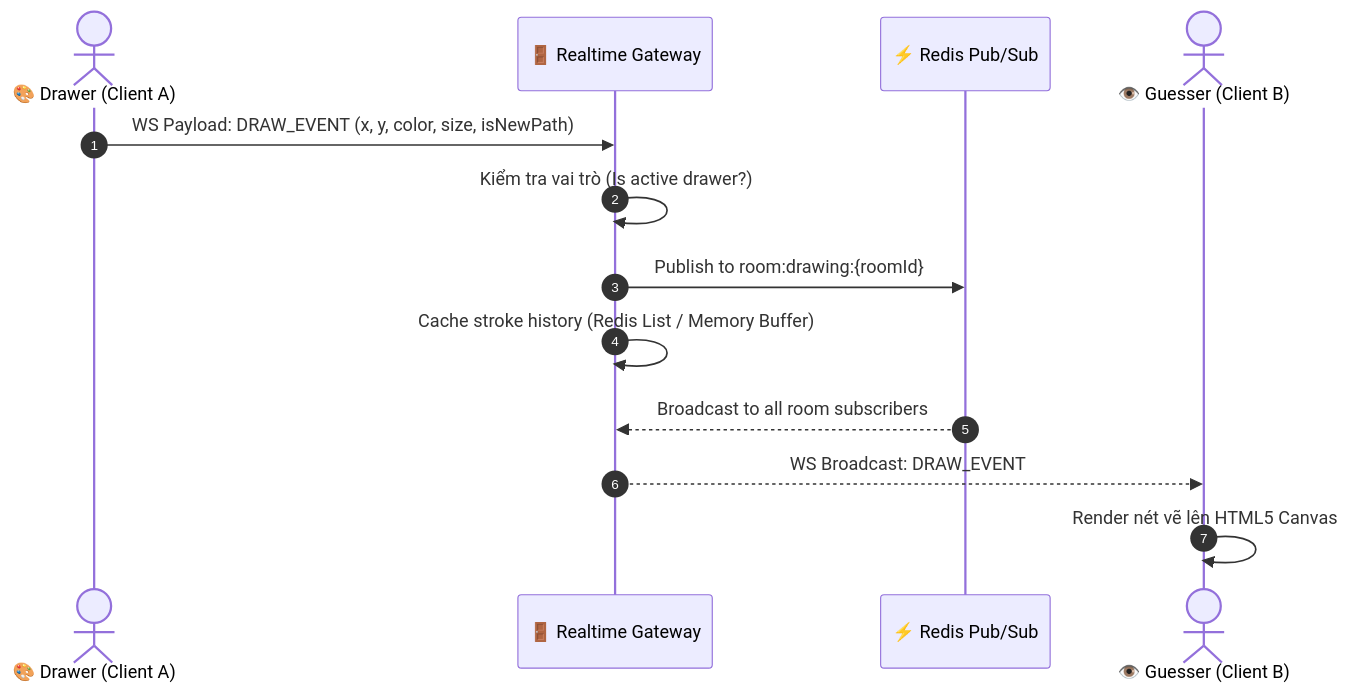
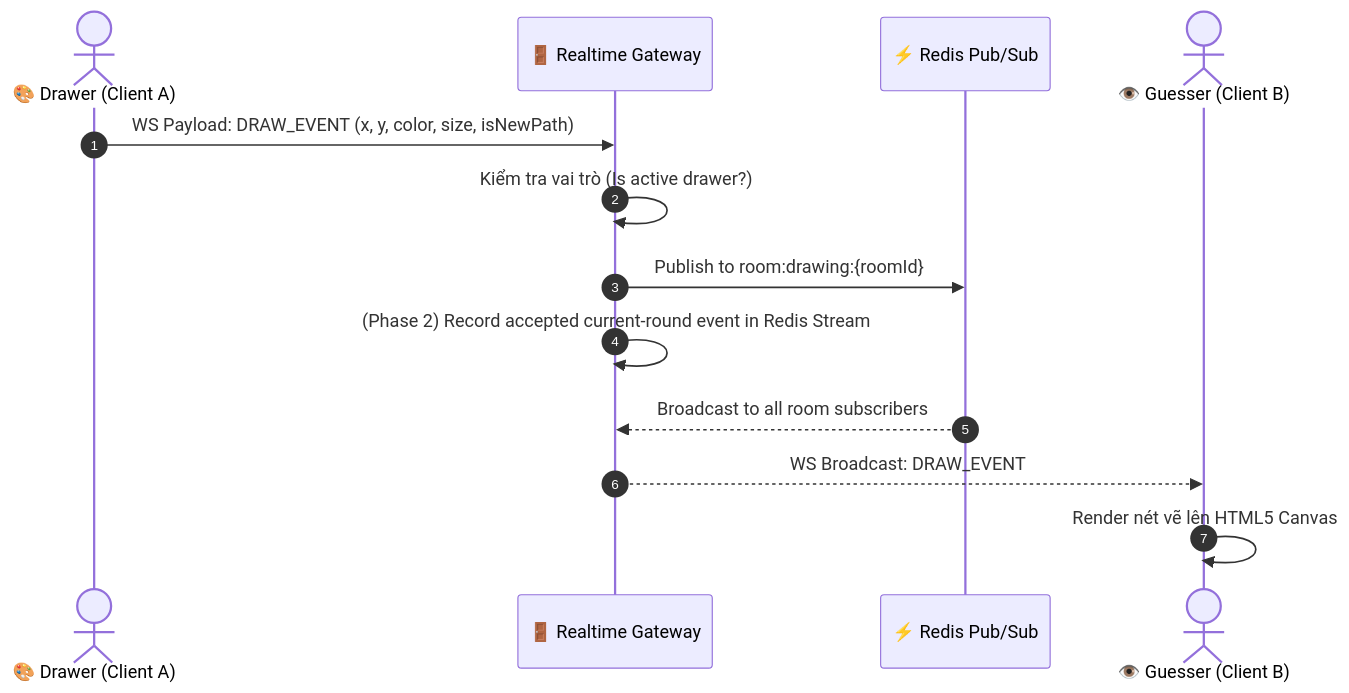
The diagram in doc/drawing-protocol.md (PHANMINHHIEU05/Multiplayer-Drawing-Guessing-Game), drawn with Mermaid before and after one commit. The commit also changed other lines of this file and 10 other files, not shown here.

````diff
--- a/doc/drawing-protocol.md
+++ b/doc/drawing-protocol.md
@@ -21,16 +23,16 @@
 ```mermaid
 sequenceDiagram
     autonumber
     actor Drawer as 🎨 Drawer (Client A)
     participant GW as 🚪 Realtime Gateway
     participant Redis as ⚡ Redis Pub/Sub
     actor Guesser as 👁️ Guesser (Client B)
 
     Drawer->>GW: WS Payload: DRAW_EVENT (x, y, color, size, isNewPath)
     GW->>GW: Kiểm tra vai trò (Is active drawer?)
     GW->>Redis: Publish to room:drawing:{roomId}
-    GW->>GW: Cache stroke history (Redis List / Memory Buffer)
+    GW->>GW: (Phase 2) Record accepted current-round event in Redis Stream
     Redis-->>GW: Broadcast to all room subscribers
     GW-->>Guesser: WS Broadcast: DRAW_EVENT
     Guesser->>Guesser: Render nét vẽ lên HTML5 Canvas
 ```
````
